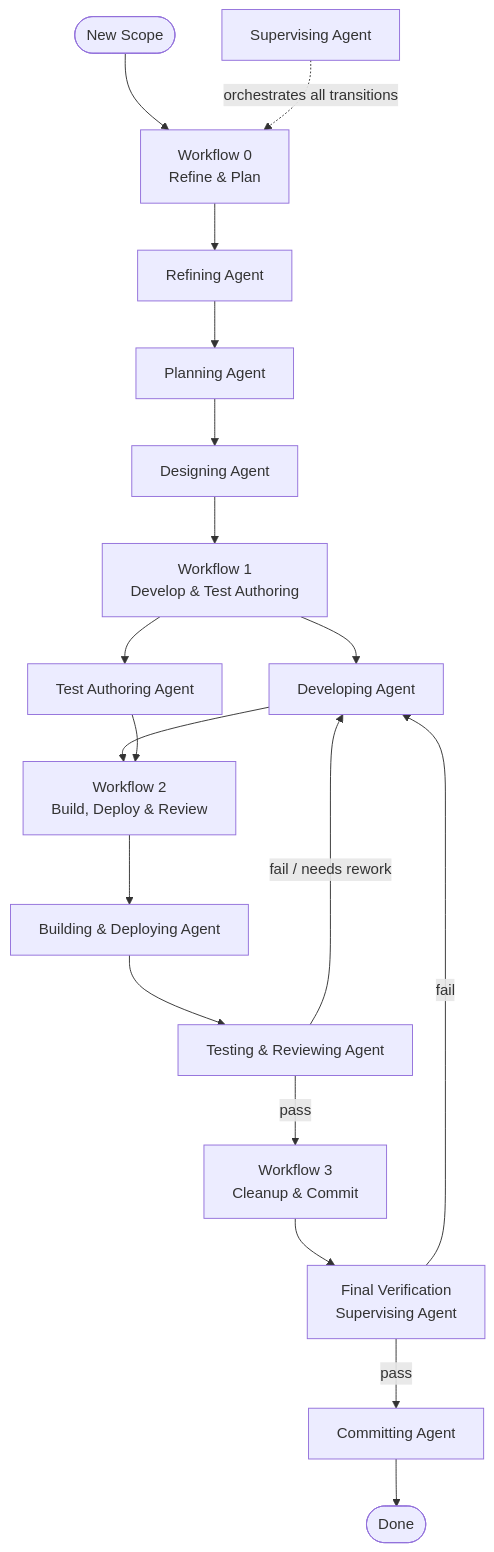
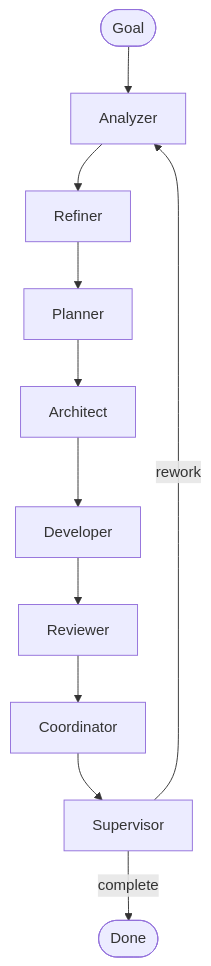
One commit to hjhun/dormammu changed the fourth of 6 diagrams in docs/GUIDE.md. Above: the diagram before and after it, drawn with Mermaid. The commit also changed other lines of this file and 117 other files, not shown here.

````diff
--- a/docs/GUIDE.md
+++ b/docs/GUIDE.md
@@ -1396,26 +1237,13 @@
 ```mermaid
 flowchart TD
-    Start([New Scope]) --> wf0["Workflow 0<br/>Refine & Plan"]
-    wf0 --> refine[Refining Agent]
-    refine --> plan[Planning Agent]
-
-    plan --> design[Designing Agent]
-
-    design --> wf1["Workflow 1<br/>Develop & Test Authoring"]
-    wf1 --> develop[Developing Agent]
-    wf1 --> testauth[Test Authoring Agent]
-
-    develop --> wf2["Workflow 2<br/>Build, Deploy & Review"]
-    testauth --> wf2
-    wf2 --> build[Building & Deploying Agent]
-    build --> review[Testing & Reviewing Agent]
-    review -- "fail / needs rework" --> develop
-
-    review -- pass --> wf3["Workflow 3<br/>Cleanup & Commit"]
-    wf3 --> finalverify["Final Verification<br/>Supervising Agent"]
-    finalverify -- fail --> develop
-    finalverify -- pass --> commit[Committing Agent]
-    commit --> Done([Done])
-
-    supervisor[Supervising Agent] -. orchestrates all transitions .-> wf0
+    Start([Goal]) --> analyze[Analyzer]
+    analyze --> refine[Refiner]
+    refine --> plan[Planner]
+    plan --> arch[Architect]
+    arch --> dev[Developer]
+    dev --> review[Reviewer]
+    review --> coord[Coordinator]
+    coord --> supervisor[Supervisor]
+    supervisor -- rework --> analyze
+    supervisor -- complete --> Done([Done])
 ```
````
